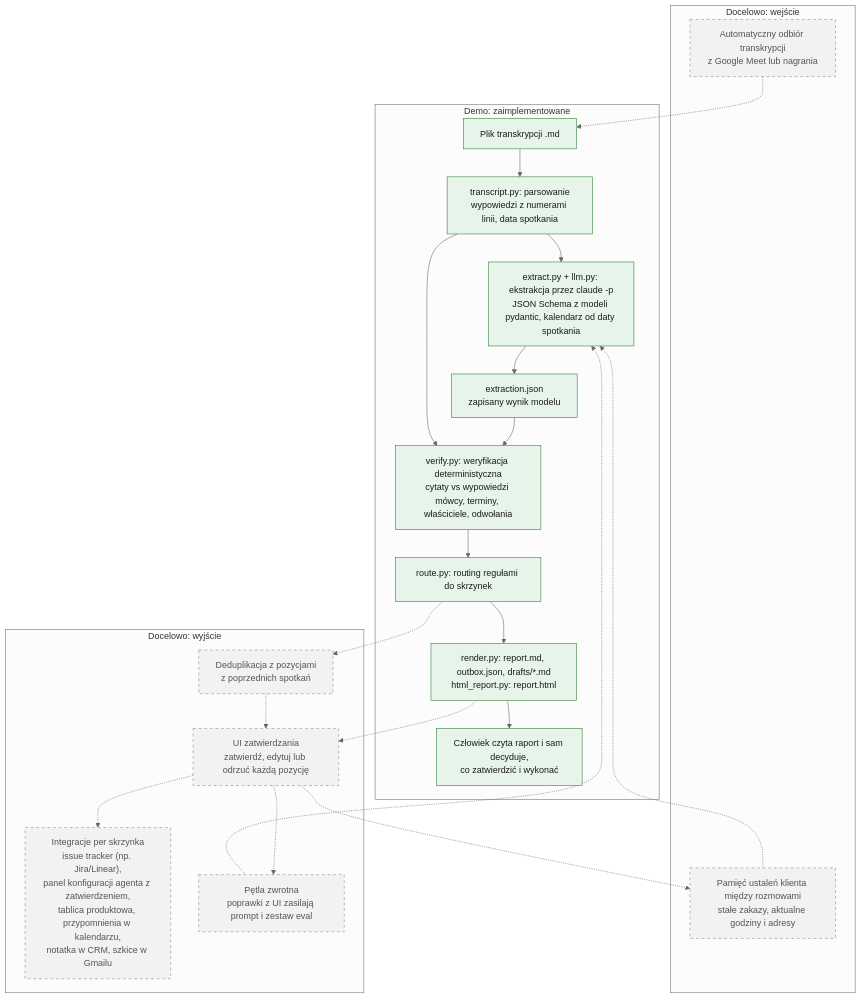
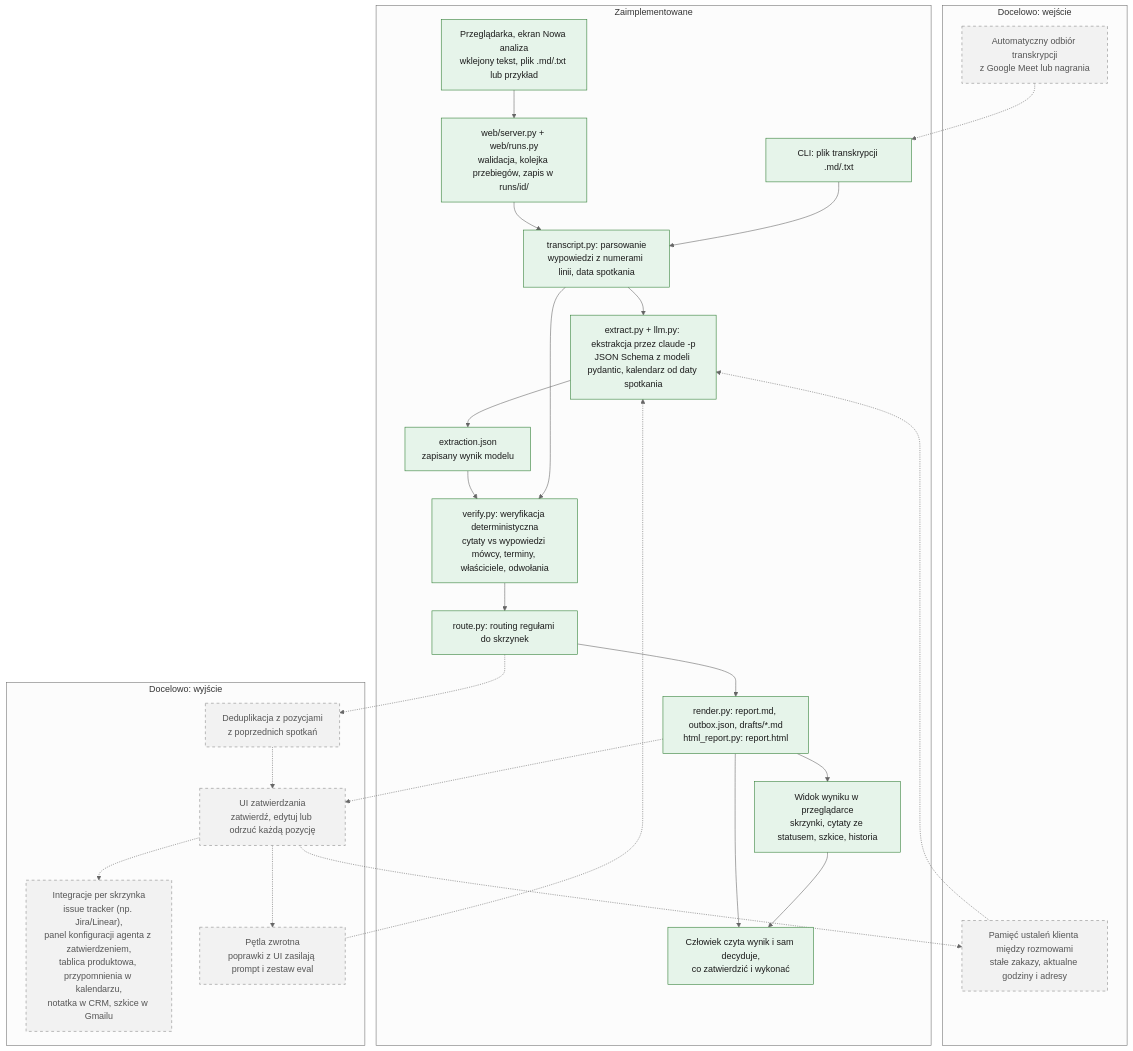
Before and after one commit to MaciejZiel/recruitment-task: the first of 2 diagrams in docs/process.md, drawn with Mermaid (neutral theme). The commit also changed other lines of this file and 1 other file, not shown here.

First line of the commit message:
Describe the web app as the main interface in README and prototype

````diff
--- a/docs/process.md
+++ b/docs/process.md
@@ -19,48 +20,55 @@
 ```mermaid
 flowchart TD
     subgraph FUTURE_IN["Docelowo: wejście"]
         MEET["Automatyczny odbiór transkrypcji<br/>z Google Meet lub nagrania"]
         MEM["Pamięć ustaleń klienta między rozmowami<br/>stałe zakazy, aktualne godziny i adresy"]
     end
 
-    subgraph DEMO["Demo: zaimplementowane"]
-        T["Plik transkrypcji .md"]
+    subgraph DEMO["Zaimplementowane"]
+        WIN["Przeglądarka, ekran Nowa analiza<br/>wklejony tekst, plik .md/.txt lub przykład"]
+        WQ["web/server.py + web/runs.py<br/>walidacja, kolejka przebiegów, zapis w runs/id/"]
+        T["CLI: plik transkrypcji .md/.txt"]
         P["transcript.py: parsowanie<br/>wypowiedzi z numerami linii, data spotkania"]
         E["extract.py + llm.py: ekstrakcja przez claude -p<br/>JSON Schema z modeli pydantic, kalendarz od daty spotkania"]
         J["extraction.json<br/>zapisany wynik modelu"]
         V["verify.py: weryfikacja deterministyczna<br/>cytaty vs wypowiedzi mówcy, terminy, właściciele, odwołania"]
         R["route.py: routing regułami do skrzynek"]
         OUT["render.py: report.md, outbox.json, drafts/*.md<br/>html_report.py: report.html"]
-        H["Człowiek czyta raport i sam decyduje,<br/>co zatwierdzić i wykonać"]
+        WR["Widok wyniku w przeglądarce<br/>skrzynki, cytaty ze statusem, szkice, historia"]
+        H["Człowiek czyta wynik i sam decyduje,<br/>co zatwierdzić i wykonać"]
     end
 
     subgraph FUTURE_OUT["Docelowo: wyjście"]
         DEDUP["Deduplikacja z pozycjami<br/>z poprzednich spotkań"]
         UI["UI zatwierdzania<br/>zatwierdź, edytuj lub odrzuć każdą pozycję"]
         INT["Integracje per skrzynka<br/>issue tracker (np. Jira/Linear),<br/>panel konfiguracji agenta z zatwierdzeniem,<br/>tablica produktowa, przypomnienia w kalendarzu,<br/>notatka w CRM, szkice w Gmailu"]
         FB["Pętla zwrotna<br/>poprawki z UI zasilają prompt i zestaw eval"]
     end
 
     MEET -.-> T
+    WIN --> WQ
+    WQ --> P
     T --> P
     P --> E
     MEM -.-> E
     E --> J
     J --> V
     P --> V
     V --> R
     R --> OUT
+    OUT --> WR
     OUT --> H
+    WR --> H
     R -.-> DEDUP
     DEDUP -.-> UI
     OUT -.-> UI
     UI -.-> INT
     UI -.-> FB
     FB -.-> E
     UI -.-> MEM
 
     classDef impl fill:#e6f4ea,stroke:#2e7d32,color:#1b1b1b
     classDef future fill:#f2f2f2,stroke:#888888,stroke-dasharray:5 5,color:#555555
-    class T,P,E,J,V,R,OUT,H impl
+    class WIN,WQ,T,P,E,J,V,R,OUT,WR,H impl
     class MEET,MEM,DEDUP,UI,INT,FB future
 ```
````
